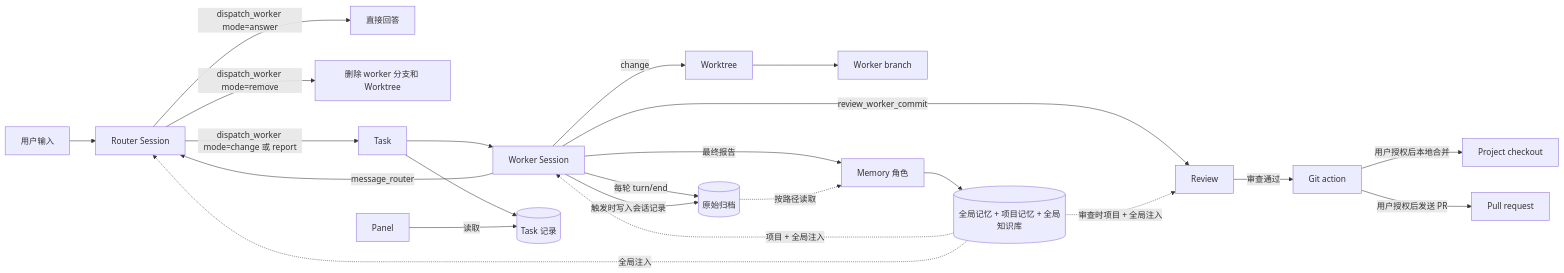
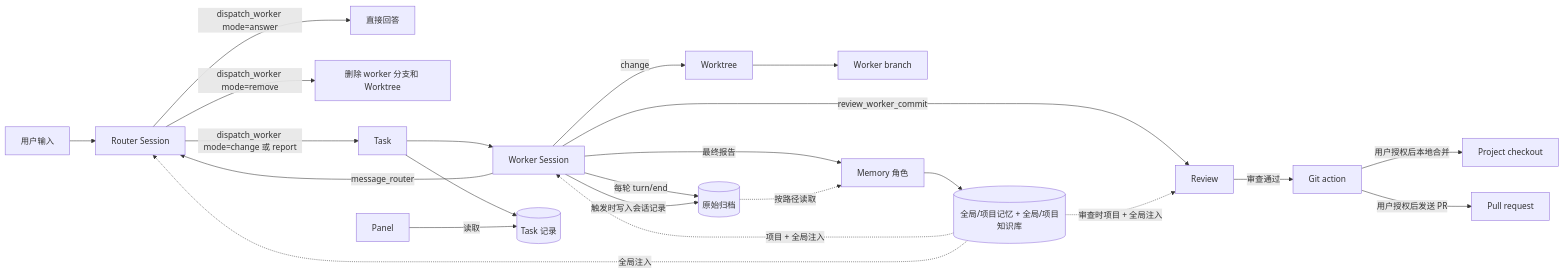
One commit to LMQ00/superagent-lite changed the diagram in docs/001-domain.md. Above: the diagram before and after it, drawn with Mermaid. The commit also changed other lines of this file and 20 other files, not shown here.

````diff
--- a/docs/001-domain.md
+++ b/docs/001-domain.md
@@ -9,25 +9,25 @@
 ```mermaid
 flowchart LR
   I[用户输入] --> R[Router Session]
   R -->|dispatch_worker mode=answer| A[直接回答]
   R -->|dispatch_worker mode=remove| X[删除 worker 分支和 Worktree]
   R -->|dispatch_worker mode=change 或 report| T[Task]
   T --> W[Worker Session]
   W -->|change| WT[Worktree]
   WT --> B[Worker branch]
   W -->|review_worker_commit| V[Review]
   W -->|message_router| R
   V -->|审查通过| G[Git action]
   G -->|用户授权后本地合并| P[Project checkout]
   G -->|用户授权后发送 PR| PR[Pull request]
   T --> D[(Task 记录)]
   W -->|最终报告| M[Memory 角色]
   W -->|每轮 turn/end| AR[(原始归档)]
   W -->|触发时写入会话记录| AR
   AR -.->|按路径读取| M
-  M --> MS[(全局记忆 + 项目记忆 + 全局知识库)]
+  M --> MS[(全局/项目记忆 + 全局/项目知识库)]
   MS -.->|项目 + 全局注入| W
   MS -.->|全局注入| R
   MS -.->|审查时项目 + 全局注入| V
   PN[Panel] -->|读取| D
 ```
````
